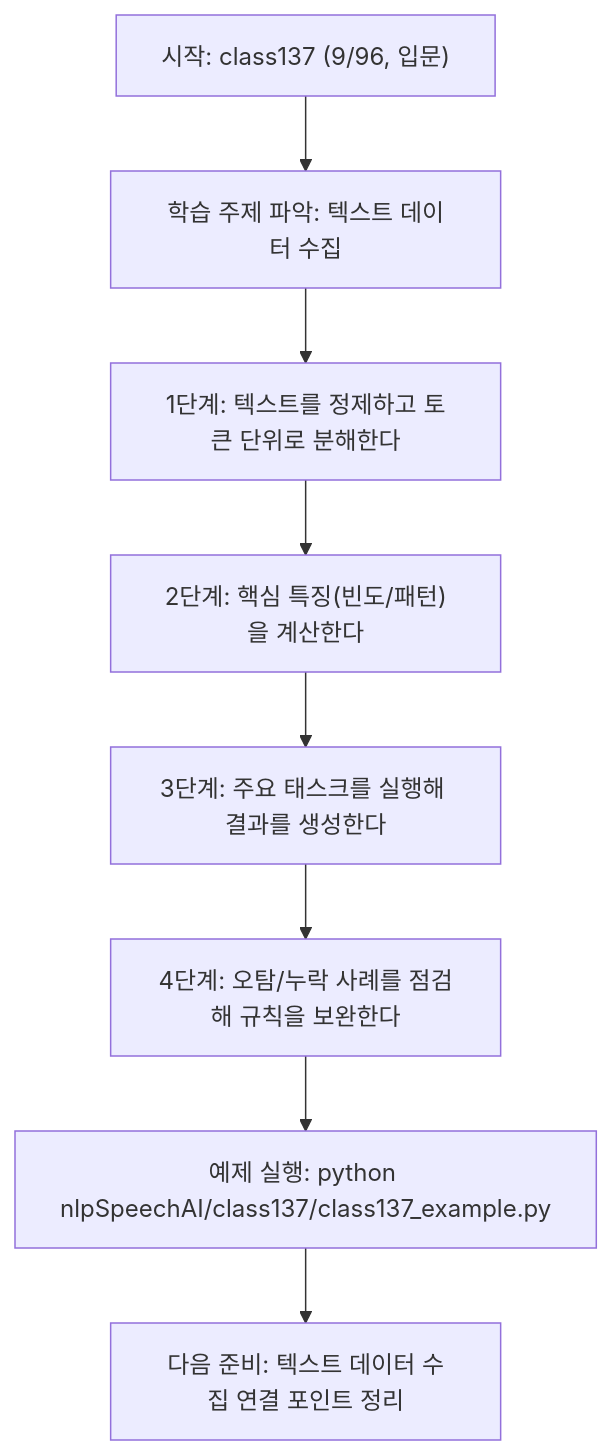
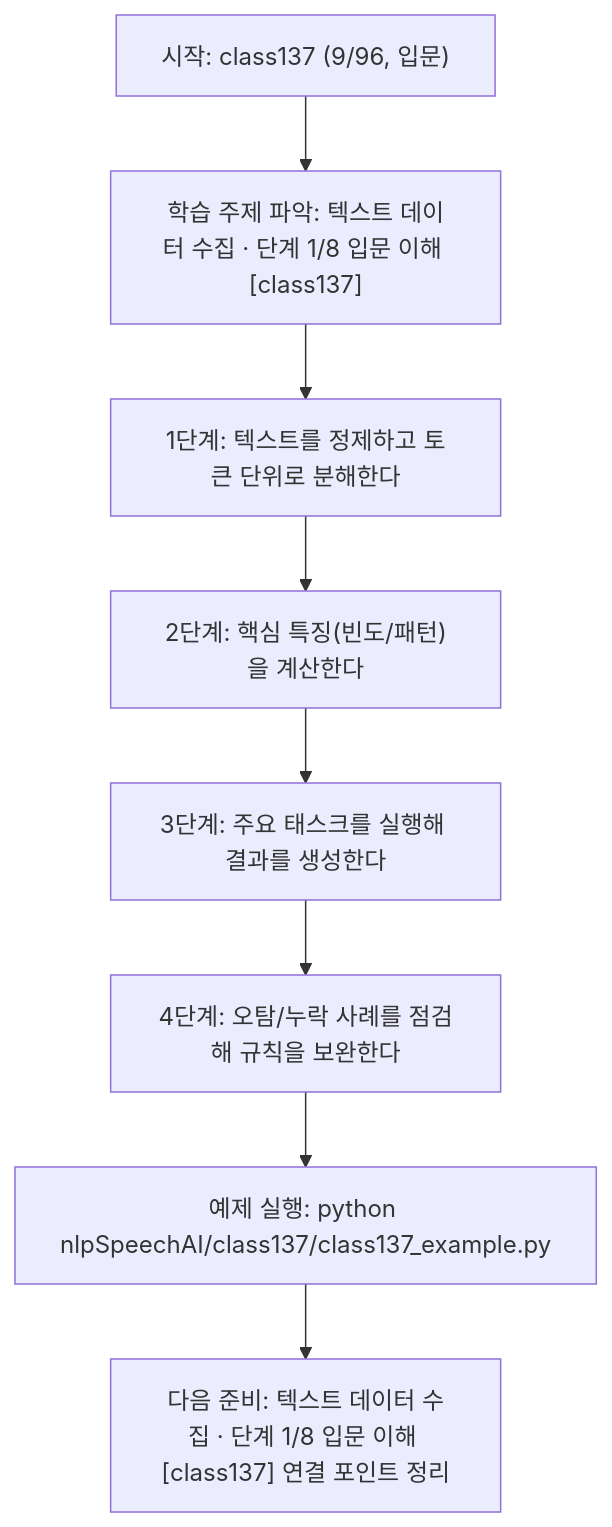
One commit to edumgt/Python-AI_Agent-Class changed the diagram in nlpSpeechAI/class137/class137.md. Above: the diagram before and after it, drawn with Mermaid. The commit also changed other lines of this file and 522 other files, not shown here.

````diff
--- a/nlpSpeechAI/class137/class137.md
+++ b/nlpSpeechAI/class137/class137.md
@@ -113,18 +114,18 @@
 ```mermaid
 flowchart TD
 N1["시작: class137 (9/96, 입문)"]
-N2["학습 주제 파악: 텍스트 데이터 수집"]
+N2["학습 주제 파악: 텍스트 데이터 수집 · 단계 1/8 입문 이해 [class137]"]
 N3["1단계: 텍스트를 정제하고 토큰 단위로 분해한다"]
 N4["2단계: 핵심 특징(빈도/패턴)을 계산한다"]
 N5["3단계: 주요 태스크를 실행해 결과를 생성한다"]
 N6["4단계: 오탐/누락 사례를 점검해 규칙을 보완한다"]
 N7["예제 실행: python nlpSpeechAI/class137/class137_example.py"]
-N8["다음 준비: 텍스트 데이터 수집 연결 포인트 정리"]
+N8["다음 준비: 텍스트 데이터 수집 · 단계 1/8 입문 이해 [class137] 연결 포인트 정리"]
 N1 --> N2
 N2 --> N3
 N3 --> N4
 N4 --> N5
 N5 --> N6
 N6 --> N7
 N7 --> N8
 ```
````
